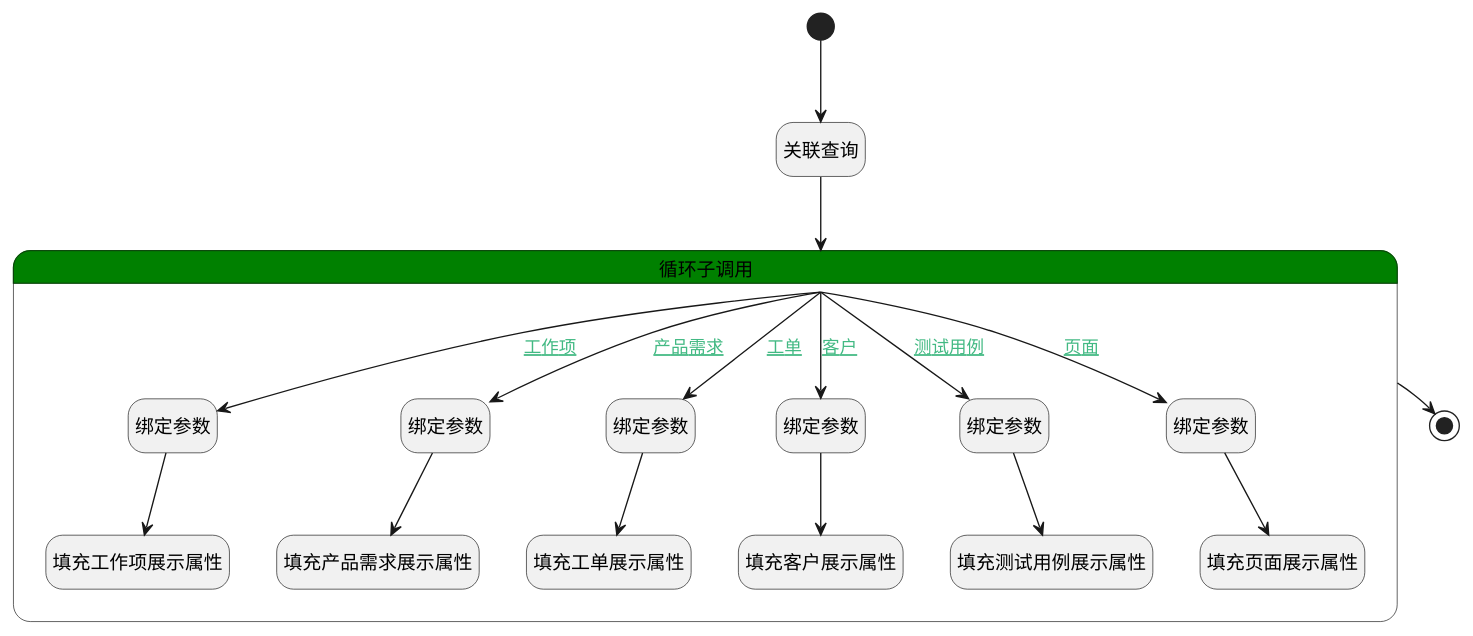
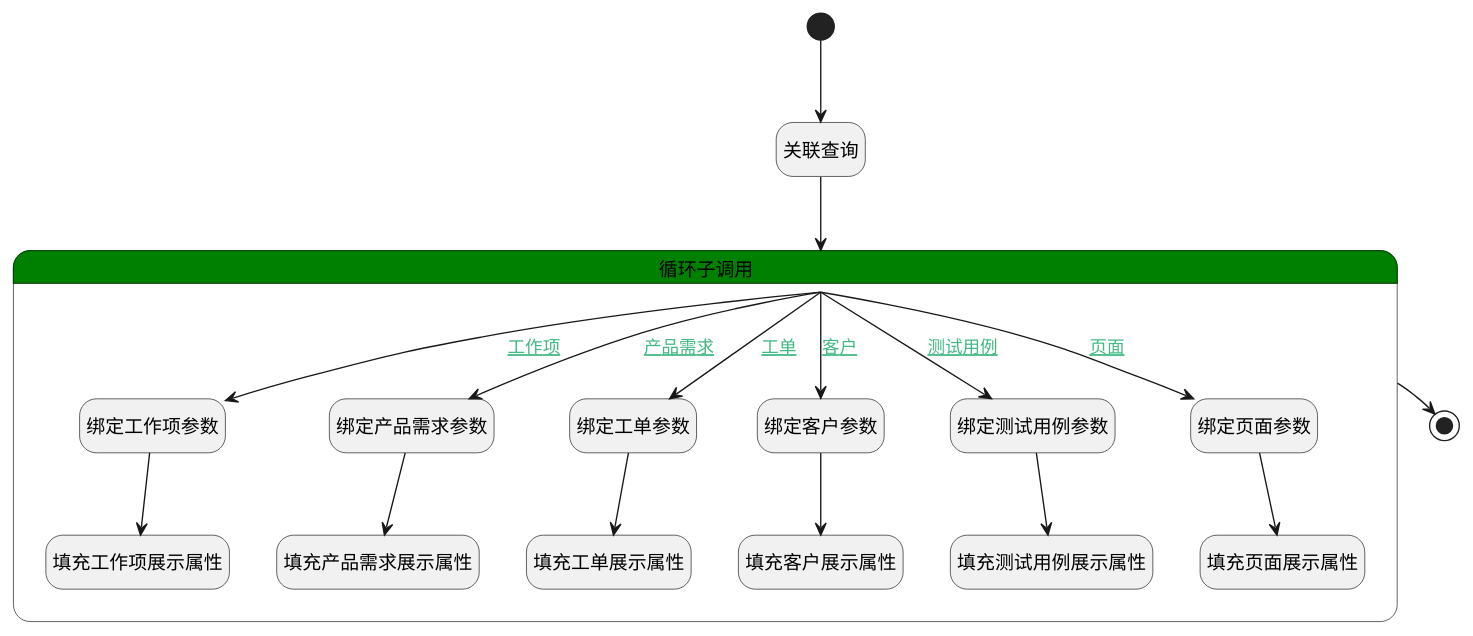
The diagram in doc/docsify/module/Base/search_attachment/logic/advanced_search.md (iBizLab/plm), drawn with PlantUML before and after one commit. The commit also changed other lines of this file and 1778 other files, not shown here.

````diff
--- a/doc/docsify/module/Base/search_attachment/logic/advanced_search.md
+++ b/doc/docsify/module/Base/search_attachment/logic/advanced_search.md
@@ -7,48 +7,48 @@
 ```plantuml
 @startuml
 hide empty description
 <style>
 root {
   HyperlinkColor #42b983
 }
 </style>
 
 hide empty description
 state "开始" as Begin <<start>> [[$./advanced_search#begin {"开始"}]]
 state "关联查询" as DEDATASET1  [[$./advanced_search#dedataset1 {"关联查询"}]]
 state "结束" as END1 <<end>> [[$./advanced_search#end1 {"结束"}]]
 state "循环子调用" as LOOPSUBCALL1  [[$./advanced_search#loopsubcall1 {"循环子调用"}]] #green {
-state "绑定参数" as BINDPARAM1  [[$./advanced_search#bindparam1 {"绑定参数"}]]
+state "绑定工作项参数" as BINDPARAM1  [[$./advanced_search#bindparam1 {"绑定工作项参数"}]]
 state "填充工作项展示属性" as PREPAREPARAM1  [[$./advanced_search#prepareparam1 {"填充工作项展示属性"}]]
-state "绑定参数" as BINDPARAM2  [[$./advanced_search#bindparam2 {"绑定参数"}]]
+state "绑定产品需求参数" as BINDPARAM2  [[$./advanced_search#bindparam2 {"绑定产品需求参数"}]]
 state "填充产品需求展示属性" as PREPAREPARAM2  [[$./advanced_search#prepareparam2 {"填充产品需求展示属性"}]]
-state "绑定参数" as BINDPARAM3  [[$./advanced_search#bindparam3 {"绑定参数"}]]
+state "绑定工单参数" as BINDPARAM3  [[$./advanced_search#bindparam3 {"绑定工单参数"}]]
 state "填充工单展示属性" as PREPAREPARAM3  [[$./advanced_search#prepareparam3 {"填充工单展示属性"}]]
-state "绑定参数" as BINDPARAM4  [[$./advanced_search#bindparam4 {"绑定参数"}]]
+state "绑定客户参数" as BINDPARAM4  [[$./advanced_search#bindparam4 {"绑定客户参数"}]]
 state "填充客户展示属性" as PREPAREPARAM4  [[$./advanced_search#prepareparam4 {"填充客户展示属性"}]]
-state "绑定参数" as BINDPARAM5  [[$./advanced_search#bindparam5 {"绑定参数"}]]
+state "绑定测试用例参数" as BINDPARAM5  [[$./advanced_search#bindparam5 {"绑定测试用例参数"}]]
 state "填充测试用例展示属性" as PREPAREPARAM5  [[$./advanced_search#prepareparam5 {"填充测试用例展示属性"}]]
-state "绑定参数" as BINDPARAM6  [[$./advanced_search#bindparam6 {"绑定参数"}]]
+state "绑定页面参数" as BINDPARAM6  [[$./advanced_search#bindparam6 {"绑定页面参数"}]]
 state "填充页面展示属性" as PREPAREPARAM6  [[$./advanced_search#prepareparam6 {"填充页面展示属性"}]]
 }
 
 
 Begin --> DEDATASET1
 DEDATASET1 --> LOOPSUBCALL1
 LOOPSUBCALL1 --> BINDPARAM1 : [[$./advanced_search#loopsubcall1-bindparam1{工作项} 工作项]]
 BINDPARAM1 --> PREPAREPARAM1
 LOOPSUBCALL1 --> END1
 LOOPSUBCALL1 --> BINDPARAM2 : [[$./advanced_search#loopsubcall1-bindparam2{产品需求} 产品需求]]
 BINDPARAM2 --> PREPAREPARAM2
 LOOPSUBCALL1 --> BINDPARAM3 : [[$./advanced_search#loopsubcall1-bindparam3{工单} 工单]]
 BINDPARAM3 --> PREPAREPARAM3
 LOOPSUBCALL1 --> BINDPARAM4 : [[$./advanced_search#loopsubcall1-bindparam4{客户} 客户]]
 BINDPARAM4 --> PREPAREPARAM4
 LOOPSUBCALL1 --> BINDPARAM5 : [[$./advanced_search#loopsubcall1-bindparam5{测试用例} 测试用例]]
 BINDPARAM5 --> PREPAREPARAM5
 LOOPSUBCALL1 --> BINDPARAM6 : [[$./advanced_search#loopsubcall1-bindparam6{页面} 页面]]
 BINDPARAM6 --> PREPAREPARAM6
 
 
 @enduml
 ```
````
